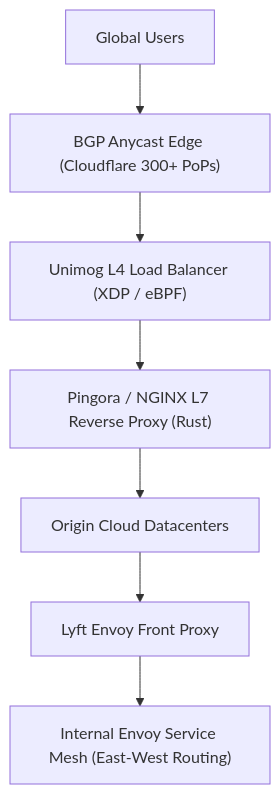
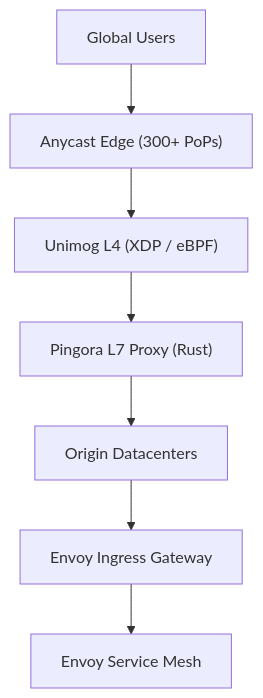
The diagram in strivers-hld/04-Load-Balancing-and-Proxies/case-study.md (Sourav108/strivers-lld), drawn with Mermaid before and after one commit. The commit also changed 39 other files, not shown here.

Commit message:
fix(mermaid): wrap node labels, simplify diamonds, and reformat wide diagrams for perfect GitHub rendering

````diff
--- a/strivers-hld/04-Load-Balancing-and-Proxies/case-study.md
+++ b/strivers-hld/04-Load-Balancing-and-Proxies/case-study.md
@@ -7,9 +7,9 @@
 ```mermaid
 flowchart TD
-    User["Global Users"] --> Anycast["BGP Anycast Edge (Cloudflare 300+ PoPs)"]
-    Anycast --> Unimog["Unimog L4 Load Balancer (XDP / eBPF)"]
-    Unimog --> Pingora["Pingora / NGINX L7 Reverse Proxy (Rust)"]
-    Pingora --> Origin["Origin Cloud Datacenters"]
-    Origin --> EnvoyEdge["Lyft Envoy Front Proxy"]
-    EnvoyEdge --> Mesh["Internal Envoy Service Mesh (East-West Routing)"]
+    User["Global Users"] --> Anycast["Anycast Edge (300+ PoPs)"]
+    Anycast --> Unimog["Unimog L4 (XDP / eBPF)"]
+    Unimog --> Pingora["Pingora L7 Proxy (Rust)"]
+    Pingora --> Origin["Origin Datacenters"]
+    Origin --> EnvoyEdge["Envoy Ingress Gateway"]
+    EnvoyEdge --> Mesh["Envoy Service Mesh"]
 ```
````
